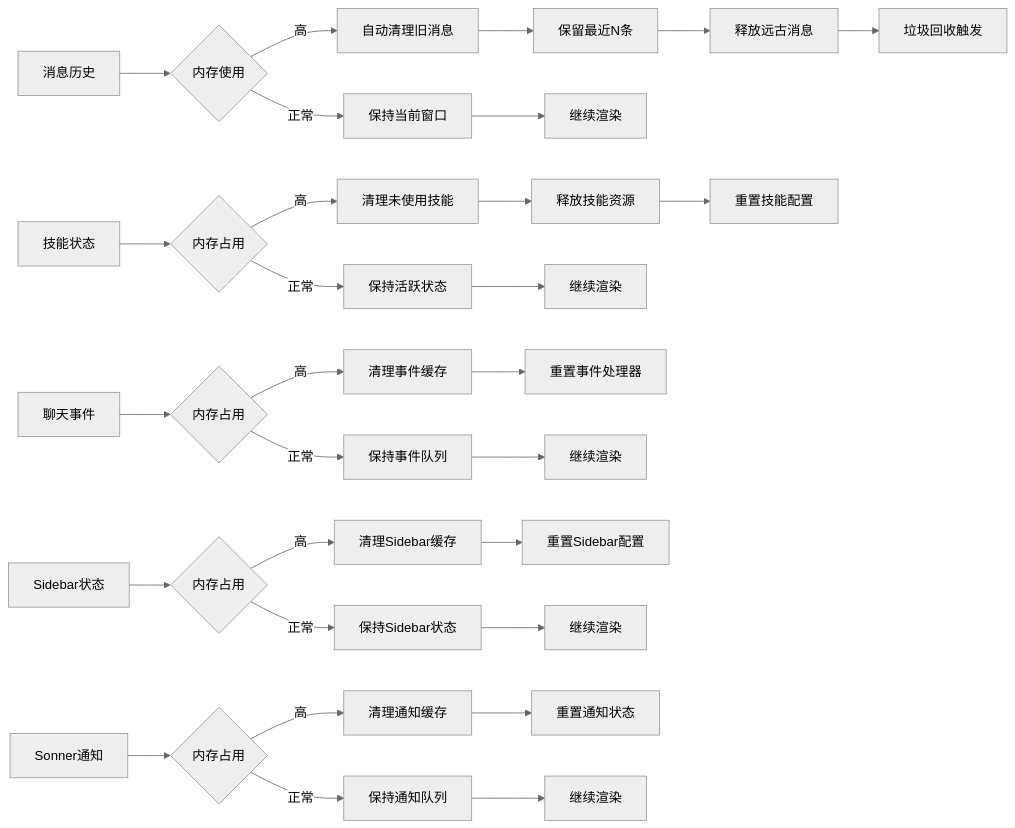
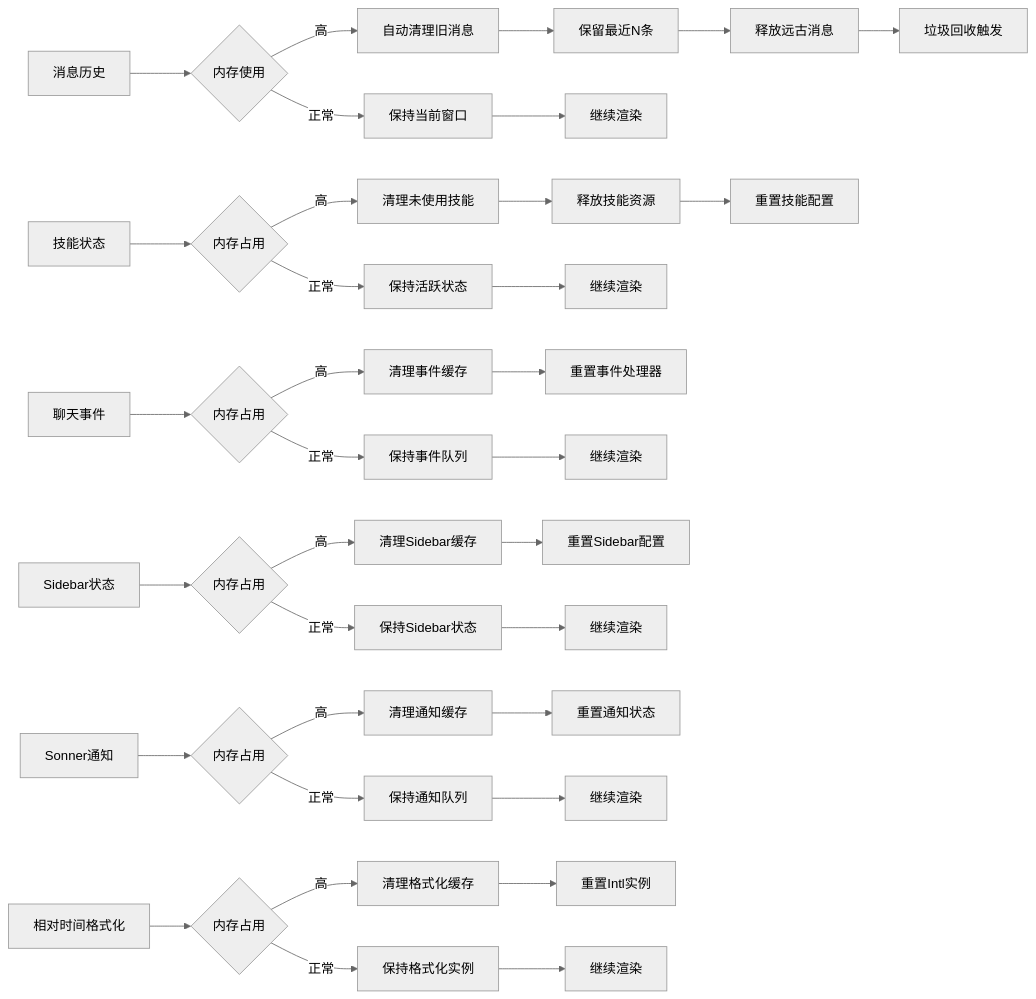
Before and after one commit to verse-ai-org/openclaw: diagram 28 of 29 in .qoder/repowiki/zh/content/Web界面/UI组件系统/UI组件系统.md, drawn with Mermaid (neutral theme). The commit also changed other lines of this file and 14 other files, not shown here.

````diff
--- a/.qoder/repowiki/zh/content/Web界面/UI组件系统/UI组件系统.md
+++ b/.qoder/repowiki/zh/content/Web界面/UI组件系统/UI组件系统.md
@@ -1396,31 +1521,36 @@
 ```mermaid
 flowchart LR
 A[消息历史] --> B{内存使用}
 B --> |高| C[自动清理旧消息]
 B --> |正常| D[保持当前窗口]
 C --> E[保留最近N条]
 E --> F[释放远古消息]
 F --> G[垃圾回收触发]
 D --> H[继续渲染]
 I[技能状态] --> J{内存占用}
 J --> |高| K[清理未使用技能]
 J --> |正常| L[保持活跃状态]
 K --> M[释放技能资源]
 M --> N[重置技能配置]
 L --> O[继续渲染]
 P[聊天事件] --> Q{内存占用}
 Q --> |高| R[清理事件缓存]
 Q --> |正常| S[保持事件队列]
 R --> T[重置事件处理器]
 S --> U[继续渲染]
 V[Sidebar状态] --> W{内存占用}
 W --> |高| X[清理Sidebar缓存]
 W --> |正常| Y[保持Sidebar状态]
 X --> Z[重置Sidebar配置]
 Y --> AA[继续渲染]
 BB[Sonner通知] --> CC{内存占用}
 CC --> |高| DD[清理通知缓存]
 CC --> |正常| EE[保持通知队列]
 DD --> FF[重置通知状态]
 EE --> GG[继续渲染]
+HH[相对时间格式化] --> II{内存占用}
+II --> |高| JJ[清理格式化缓存]
+II --> |正常| KK[保持格式化实例]
+JJ --> LL[重置Intl实例]
+KK --> MM[继续渲染]
 ```
````
